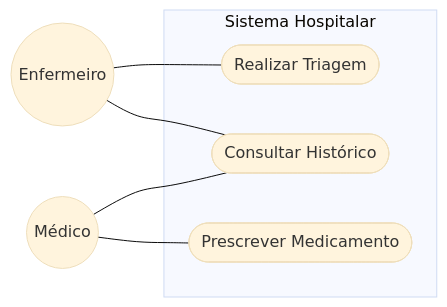
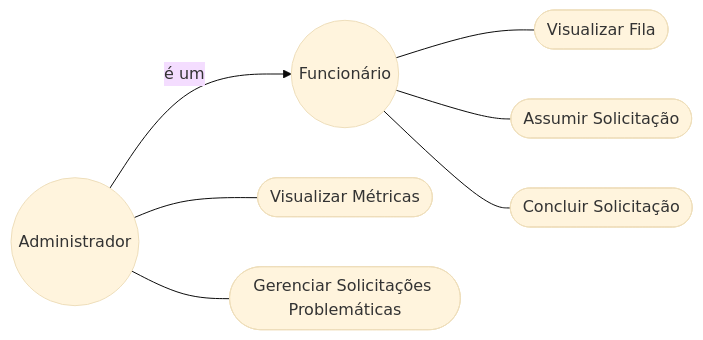
The diagram in docs/spec/03-casos-de-uso.md (lgns-cin/marcacao-hc), drawn with Mermaid (base theme) before and after one commit. The commit also changed other lines of this file, not shown here.

Commit message:
feat: adiciona documentação de casos de uso do funcionário e administrador

````diff
--- a/docs/spec/03-casos-de-uso.md
+++ b/docs/spec/03-casos-de-uso.md
@@ -5,18 +4,22 @@
 ```mermaid
 flowchart LR
-    %% Definição dos Atores
-    E((Enfermeiro))
-    M((Médico))
-    
-    subgraph "Sistema Hospitalar"
-        UC1([Realizar Triagem])
-        UC2([Consultar Histórico])
-        UC3([Prescrever Medicamento])
-    end
-    
-    %% Relacionamentos
-    E --- UC1
-    E --- UC2
-    M --- UC2
-    M --- UC3
+
+    F((Funcionário))
+    A((Administrador))
+
+    A -->|é um| F
+
+    UC1([Visualizar Fila])
+    UC2([Assumir Solicitação])
+    UC3([Concluir Solicitação])
+
+    UC4([Visualizar Métricas])
+    UC5([Gerenciar Solicitações Problemáticas])
+
+    F --- UC1
+    F --- UC2
+    F --- UC3
+
+    A --- UC4
+    A --- UC5
 ```
````
